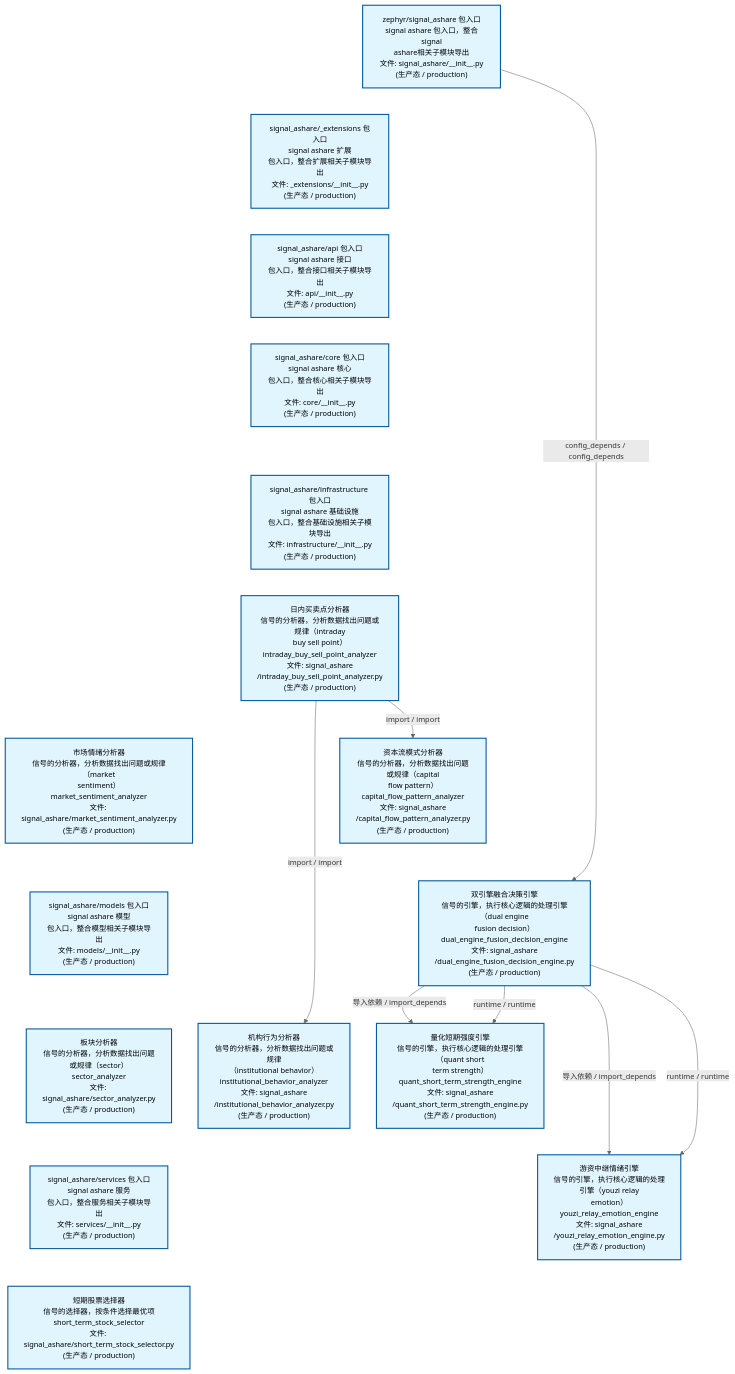
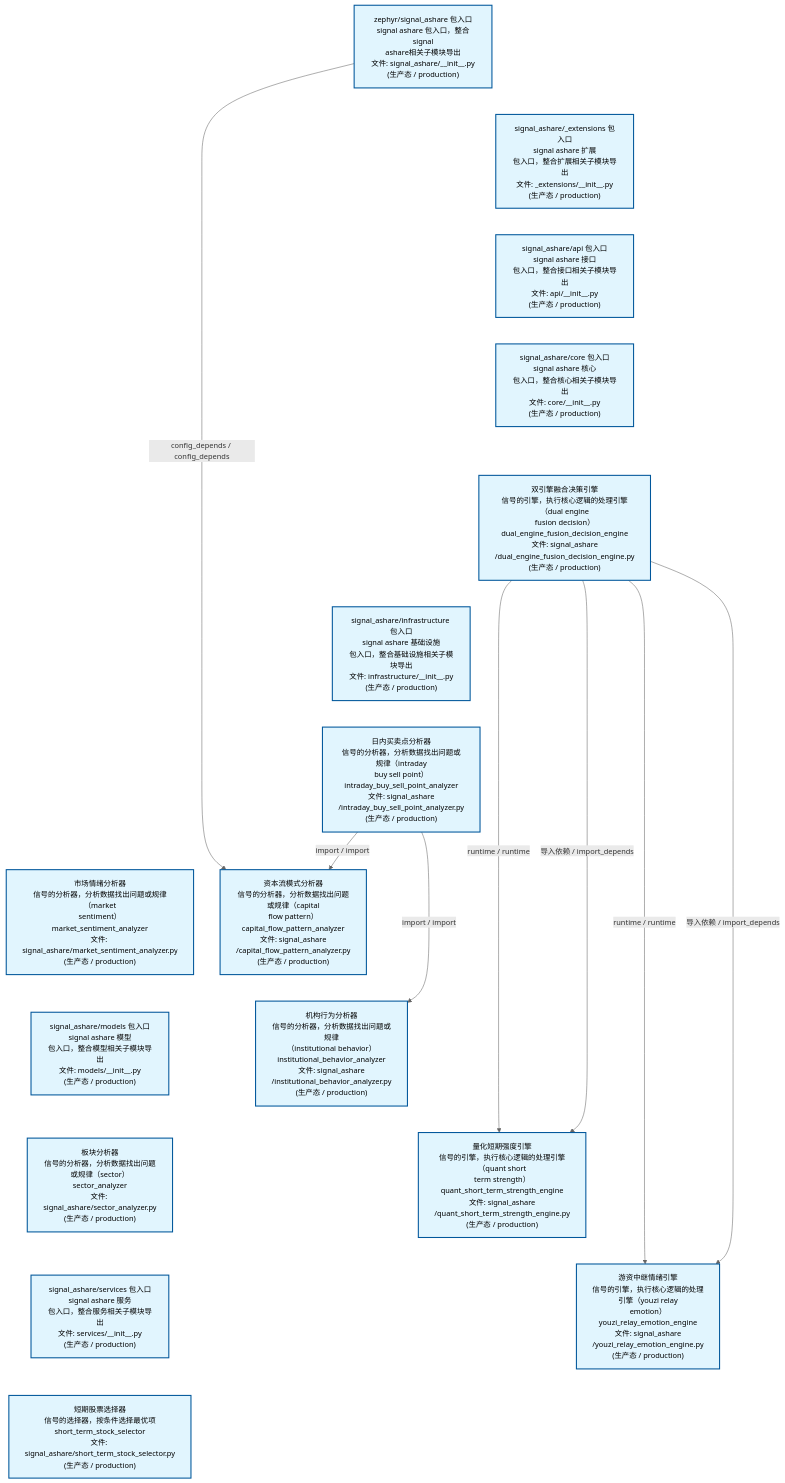
One commit to xuanFelixVan/ZephyrAlpha changed the second of 4 diagrams in docs/02_enterprise_architecture/02_domain_architecture_docs/32_d_ashare_signal.md. Above: the diagram before and after it, drawn with Mermaid. The commit also changed other lines of this file and 42 other files, not shown here.

````diff
--- a/docs/02_enterprise_architecture/02_domain_architecture_docs/32_d_ashare_signal.md
+++ b/docs/02_enterprise_architecture/02_domain_architecture_docs/32_d_ashare_signal.md
@@ -113,45 +114,46 @@
 ```mermaid
 %%{init: {'theme': 'base', 'themeVariables': {'primaryColor': '#eaeaea', 'primaryTextColor': '#333333', 'primaryBorderColor': '#666666', 'lineColor': '#666666', 'secondaryColor': '#eaeaea', 'tertiaryColor': '#eaeaea', 'fontSize': '14px'}}}%%
 flowchart TD
     src_zephyr_signal_ashare_init_py["zephyr/signal_ashare 包入口<br/>signal ashare 包入口，整合signal<br/>ashare相关子模块导出<br/>文件: signal_ashare/__init__.py<br/>(生产态 / production)"]
     src_zephyr_signal_ashare_extensions_init_py["signal_ashare/_extensions 包入口<br/>signal ashare 扩展<br/>包入口，整合扩展相关子模块导出<br/>文件: _extensions/__init__.py<br/>(生产态 / production)"]
     src_zephyr_signal_ashare_api_init_py["signal_ashare/api 包入口<br/>signal ashare 接口<br/>包入口，整合接口相关子模块导出<br/>文件: api/__init__.py<br/>(生产态 / production)"]
     src_zephyr_signal_ashare_core_init_py["signal_ashare/core 包入口<br/>signal ashare 核心<br/>包入口，整合核心相关子模块导出<br/>文件: core/__init__.py<br/>(生产态 / production)"]
+    src_zephyr_signal_ashare_dual_engine_fusion_decision_engine_py["双引擎融合决策引擎<br/>信号的引擎，执行核心逻辑的处理引擎（dual engine<br/>fusion decision）<br/>dual_engine_fusion_decision_engine<br/>文件: signal_ashare<br/>/dual_engine_fusion_decision_engine.py<br/>(生产态 / production)"]
     src_zephyr_signal_ashare_infrastructure_init_py["signal_ashare/infrastructure 包入口<br/>signal ashare 基础设施<br/>包入口，整合基础设施相关子模块导出<br/>文件: infrastructure/__init__.py<br/>(生产态 / production)"]
     src_zephyr_signal_ashare_intraday_buy_sell_point_analyzer_py["日内买卖点分析器<br/>信号的分析器，分析数据找出问题或规律（intraday<br/>buy sell point）<br/>intraday_buy_sell_point_analyzer<br/>文件: signal_ashare<br/>/intraday_buy_sell_point_analyzer.py<br/>(生产态 / production)"]
     src_zephyr_signal_ashare_market_sentiment_analyzer_py["市场情绪分析器<br/>信号的分析器，分析数据找出问题或规律（market<br/>sentiment）<br/>market_sentiment_analyzer<br/>文件: signal_ashare/market_sentiment_analyzer.py<br/>(生产态 / production)"]
     src_zephyr_signal_ashare_models_init_py["signal_ashare/models 包入口<br/>signal ashare 模型<br/>包入口，整合模型相关子模块导出<br/>文件: models/__init__.py<br/>(生产态 / production)"]
     src_zephyr_signal_ashare_sector_analyzer_py["板块分析器<br/>信号的分析器，分析数据找出问题或规律（sector）<br/>sector_analyzer<br/>文件: signal_ashare/sector_analyzer.py<br/>(生产态 / production)"]
     src_zephyr_signal_ashare_services_init_py["signal_ashare/services 包入口<br/>signal ashare 服务<br/>包入口，整合服务相关子模块导出<br/>文件: services/__init__.py<br/>(生产态 / production)"]
     src_zephyr_signal_ashare_short_term_stock_selector_py["短期股票选择器<br/>信号的选择器，按条件选择最优项<br/>short_term_stock_selector<br/>文件: signal_ashare/short_term_stock_selector.py<br/>(生产态 / production)"]
     src_zephyr_signal_ashare_init_py ~~~ src_zephyr_signal_ashare_extensions_init_py
     src_zephyr_signal_ashare_extensions_init_py ~~~ src_zephyr_signal_ashare_api_init_py
     src_zephyr_signal_ashare_api_init_py ~~~ src_zephyr_signal_ashare_core_init_py
-    src_zephyr_signal_ashare_core_init_py ~~~ src_zephyr_signal_ashare_infrastructure_init_py
+    src_zephyr_signal_ashare_core_init_py ~~~ src_zephyr_signal_ashare_dual_engine_fusion_decision_engine_py
+    src_zephyr_signal_ashare_dual_engine_fusion_decision_engine_py ~~~ src_zephyr_signal_ashare_infrastructure_init_py
     src_zephyr_signal_ashare_infrastructure_init_py ~~~ src_zephyr_signal_ashare_intraday_buy_sell_point_analyzer_py
     src_zephyr_signal_ashare_intraday_buy_sell_point_analyzer_py ~~~ src_zephyr_signal_ashare_market_sentiment_analyzer_py
     src_zephyr_signal_ashare_market_sentiment_analyzer_py ~~~ src_zephyr_signal_ashare_models_init_py
     src_zephyr_signal_ashare_models_init_py ~~~ src_zephyr_signal_ashare_sector_analyzer_py
     src_zephyr_signal_ashare_sector_analyzer_py ~~~ src_zephyr_signal_ashare_services_init_py
     src_zephyr_signal_ashare_services_init_py ~~~ src_zephyr_signal_ashare_short_term_stock_selector_py
     src_zephyr_signal_ashare_capital_flow_pattern_analyzer_py["资本流模式分析器<br/>信号的分析器，分析数据找出问题或规律（capital<br/>flow pattern）<br/>capital_flow_pattern_analyzer<br/>文件: signal_ashare<br/>/capital_flow_pattern_analyzer.py<br/>(生产态 / production)"]
-    src_zephyr_signal_ashare_dual_engine_fusion_decision_engine_py["双引擎融合决策引擎<br/>信号的引擎，执行核心逻辑的处理引擎（dual engine<br/>fusion decision）<br/>dual_engine_fusion_decision_engine<br/>文件: signal_ashare<br/>/dual_engine_fusion_decision_engine.py<br/>(生产态 / production)"]
     src_zephyr_signal_ashare_institutional_behavior_analyzer_py["机构行为分析器<br/>信号的分析器，分析数据找出问题或规律<br/>（institutional behavior）<br/>institutional_behavior_analyzer<br/>文件: signal_ashare<br/>/institutional_behavior_analyzer.py<br/>(生产态 / production)"]
-    src_zephyr_signal_ashare_capital_flow_pattern_analyzer_py ~~~ src_zephyr_signal_ashare_dual_engine_fusion_decision_engine_py
-    src_zephyr_signal_ashare_dual_engine_fusion_decision_engine_py ~~~ src_zephyr_signal_ashare_institutional_behavior_analyzer_py
     src_zephyr_signal_ashare_quant_short_term_strength_engine_py["量化短期强度引擎<br/>信号的引擎，执行核心逻辑的处理引擎（quant short<br/>term strength）<br/>quant_short_term_strength_engine<br/>文件: signal_ashare<br/>/quant_short_term_strength_engine.py<br/>(生产态 / production)"]
     src_zephyr_signal_ashare_youzi_relay_emotion_engine_py["游资中继情绪引擎<br/>信号的引擎，执行核心逻辑的处理引擎（youzi relay<br/>emotion）<br/>youzi_relay_emotion_engine<br/>文件: signal_ashare<br/>/youzi_relay_emotion_engine.py<br/>(生产态 / production)"]
+    src_zephyr_signal_ashare_capital_flow_pattern_analyzer_py ~~~ src_zephyr_signal_ashare_institutional_behavior_analyzer_py
+    src_zephyr_signal_ashare_institutional_behavior_analyzer_py ~~~ src_zephyr_signal_ashare_quant_short_term_strength_engine_py
     src_zephyr_signal_ashare_quant_short_term_strength_engine_py ~~~ src_zephyr_signal_ashare_youzi_relay_emotion_engine_py
-    src_zephyr_signal_ashare_dual_engine_fusion_decision_engine_py -->|导入依赖 / import_depends| src_zephyr_signal_ashare_quant_short_term_strength_engine_py
-    src_zephyr_signal_ashare_dual_engine_fusion_decision_engine_py -->|runtime / runtime| src_zephyr_signal_ashare_quant_short_term_strength_engine_py
-    src_zephyr_signal_ashare_dual_engine_fusion_decision_engine_py -->|导入依赖 / import_depends| src_zephyr_signal_ashare_youzi_relay_emotion_engine_py
-    src_zephyr_signal_ashare_dual_engine_fusion_decision_engine_py -->|runtime / runtime| src_zephyr_signal_ashare_youzi_relay_emotion_engine_py
+    src_zephyr_signal_ashare_init_py -->|config_depends / config_depends| src_zephyr_signal_ashare_capital_flow_pattern_analyzer_py
     src_zephyr_signal_ashare_intraday_buy_sell_point_analyzer_py -->|import / import| src_zephyr_signal_ashare_capital_flow_pattern_analyzer_py
     src_zephyr_signal_ashare_intraday_buy_sell_point_analyzer_py -->|import / import| src_zephyr_signal_ashare_institutional_behavior_analyzer_py
-    src_zephyr_signal_ashare_init_py -->|config_depends / config_depends| src_zephyr_signal_ashare_dual_engine_fusion_decision_engine_py
+    src_zephyr_signal_ashare_dual_engine_fusion_decision_engine_py -->|runtime / runtime| src_zephyr_signal_ashare_quant_short_term_strength_engine_py
+    src_zephyr_signal_ashare_dual_engine_fusion_decision_engine_py -->|导入依赖 / import_depends| src_zephyr_signal_ashare_quant_short_term_strength_engine_py
+    src_zephyr_signal_ashare_dual_engine_fusion_decision_engine_py -->|runtime / runtime| src_zephyr_signal_ashare_youzi_relay_emotion_engine_py
+    src_zephyr_signal_ashare_dual_engine_fusion_decision_engine_py -->|导入依赖 / import_depends| src_zephyr_signal_ashare_youzi_relay_emotion_engine_py
     classDef production fill:#e1f5fe,stroke:#01579b,stroke-width:2px,color:#000
     classDef design fill:#fff3e0,stroke:#e65100,stroke-width:2px,color:#000,stroke-dasharray: 5 5
     classDef external_prod fill:#e8f4fd,stroke:#0277bd,stroke-width:1px,color:#000
     classDef external_design fill:#fff8e7,stroke:#ef6c00,stroke-width:1px,color:#000,stroke-dasharray: 5 5
     class src_zephyr_signal_ashare_init_py,src_zephyr_signal_ashare_extensions_init_py,src_zephyr_signal_ashare_api_init_py,src_zephyr_signal_ashare_capital_flow_pattern_analyzer_py,src_zephyr_signal_ashare_core_init_py,src_zephyr_signal_ashare_dual_engine_fusion_decision_engine_py,src_zephyr_signal_ashare_infrastructure_init_py,src_zephyr_signal_ashare_institutional_behavior_analyzer_py,src_zephyr_signal_ashare_intraday_buy_sell_point_analyzer_py,src_zephyr_signal_ashare_market_sentiment_analyzer_py,src_zephyr_signal_ashare_models_init_py,src_zephyr_signal_ashare_quant_short_term_strength_engine_py,src_zephyr_signal_ashare_sector_analyzer_py,src_zephyr_signal_ashare_services_init_py,src_zephyr_signal_ashare_short_term_stock_selector_py,src_zephyr_signal_ashare_youzi_relay_emotion_engine_py production
 ```
````
